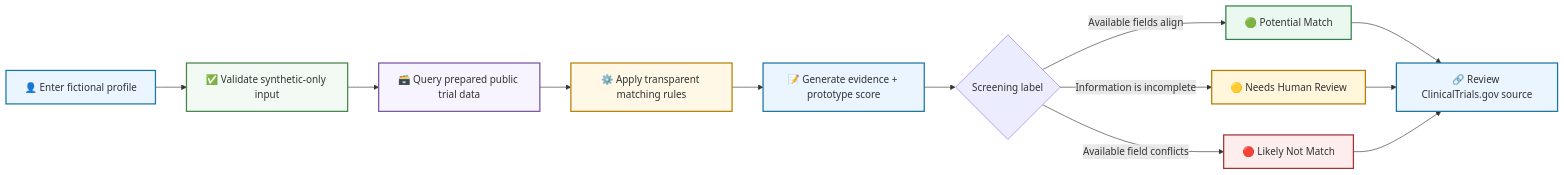
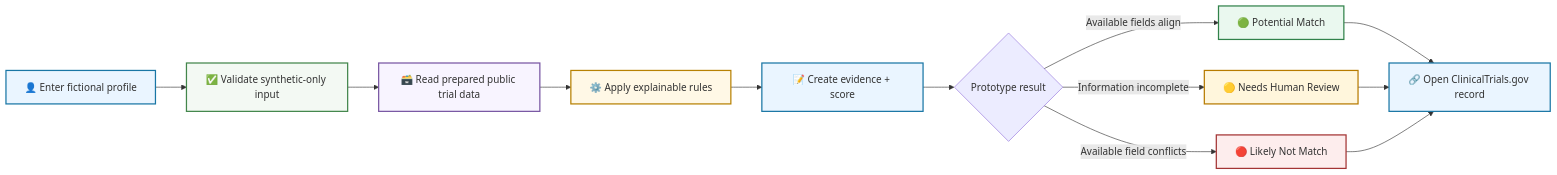
One commit to vivek0717/agentic-clinical-trial-matching changed the first of 3 diagrams in README.md. Above: the diagram before and after it, drawn with Mermaid. The commit also changed other lines of this file, not shown here.

Commit message:
Create interactive README with workflow diagrams and project assets

````diff
--- a/README.md
+++ b/README.md
@@ -90,26 +117,26 @@
 ```mermaid
 flowchart LR
     A["👤 Enter fictional profile"] --> B["✅ Validate synthetic-only input"]
-    B --> C["🗃️ Query prepared public trial data"]
-    C --> D["⚙️ Apply transparent matching rules"]
-    D --> E["📝 Generate evidence + prototype score"]
-    E --> F{"Screening label"}
+    B --> C["🗃️ Read prepared public trial data"]
+    C --> D["⚙️ Apply explainable rules"]
+    D --> E["📝 Create evidence + score"]
+    E --> F{"Prototype result"}
 
     F -->|"Available fields align"| G["🟢 Potential Match"]
-    F -->|"Information is incomplete"| H["🟡 Needs Human Review"]
+    F -->|"Information incomplete"| H["🟡 Needs Human Review"]
     F -->|"Available field conflicts"| I["🔴 Likely Not Match"]
 
-    G --> J["🔗 Review ClinicalTrials.gov source"]
+    G --> J["🔗 Open ClinicalTrials.gov record"]
     H --> J
     I --> J
 
     style A fill:#EAF5FF,stroke:#1976A5,stroke-width:2px
     style B fill:#F3F9F3,stroke:#42864B,stroke-width:2px
     style C fill:#F8F4FF,stroke:#7856A3,stroke-width:2px
     style D fill:#FFF8E6,stroke:#B78103,stroke-width:2px
     style E fill:#EAF5FF,stroke:#1976A5,stroke-width:2px
     style G fill:#EAF8EF,stroke:#31824A,stroke-width:2px
     style H fill:#FFF6DC,stroke:#B77B00,stroke-width:2px
     style I fill:#FDEDED,stroke:#A33434,stroke-width:2px
     style J fill:#EAF5FF,stroke:#1976A5,stroke-width:2px
 ```
````
